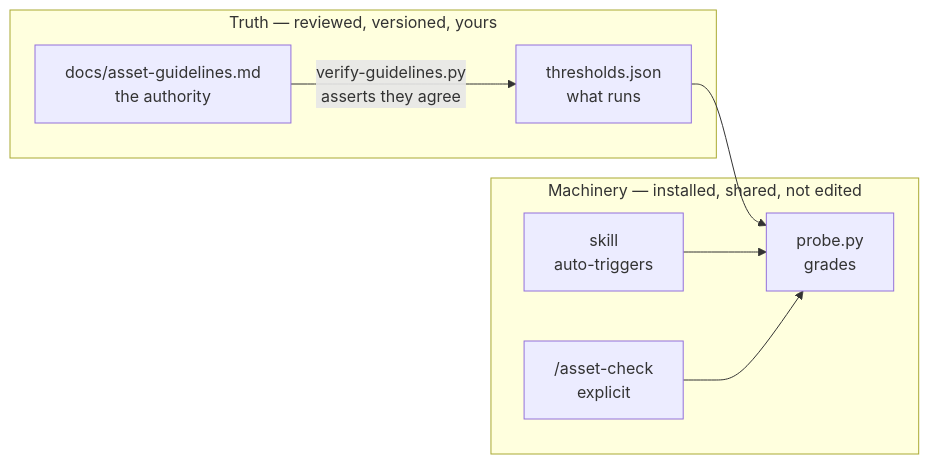
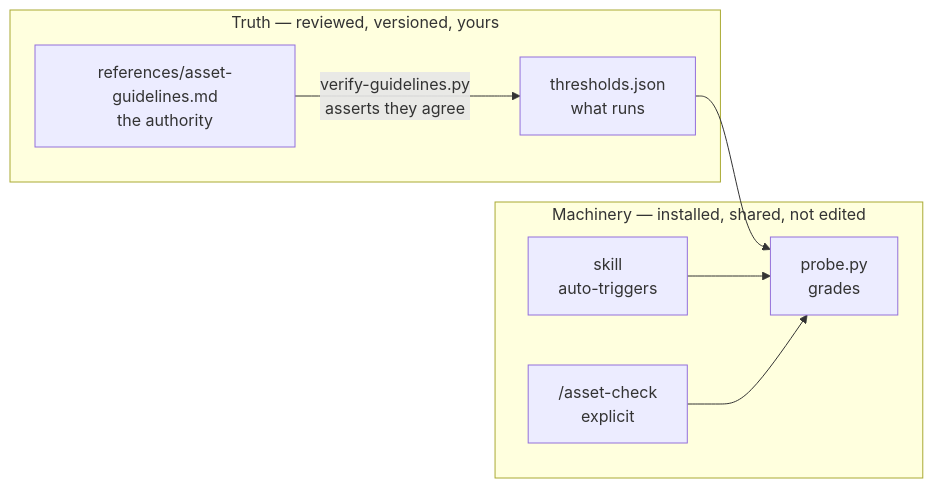
Before and after one commit to rakshit-devx/claude-devx-toolkit: the first of 2 diagrams in README.md, drawn with Mermaid. The commit also changed other lines of this file and 8 other files, not shown here.

````diff
--- a/README.md
+++ b/README.md
@@ -97,16 +97,16 @@
 ```mermaid
 flowchart LR
     subgraph M["Machinery — installed, shared, not edited"]
         S["skill<br/>auto-triggers"]
         C["/asset-check<br/>explicit"]
         P["probe.py<br/>grades"]
     end
     subgraph T["Truth — reviewed, versioned, yours"]
-        D["docs/asset-guidelines.md<br/>the authority"]
+        D["references/asset-guidelines.md<br/>the authority"]
         J["thresholds.json<br/>what runs"]
     end
     D -- "verify-guidelines.py<br/>asserts they agree" --> J
     J --> P
     S --> P
     C --> P
 ```
````
